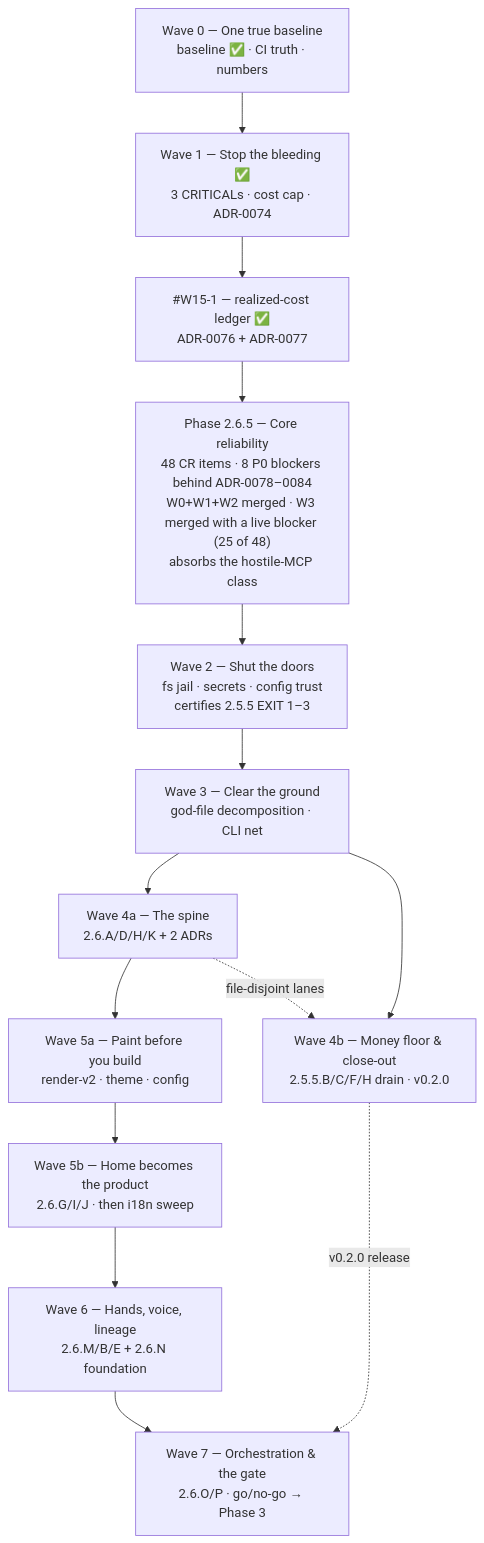
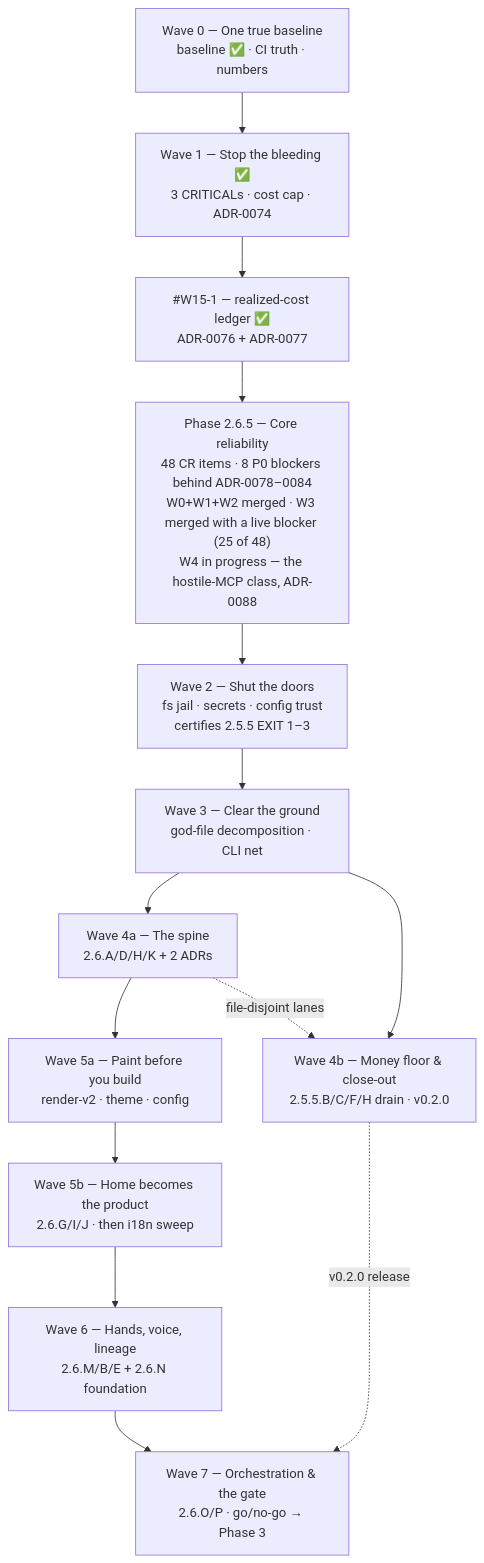
One commit to HodeTech/Relavium changed the diagram in docs/roadmap/current.md. Above: the diagram before and after it, drawn with Mermaid. The commit also changed other lines of this file and 6 other files, not shown here.

````diff
--- a/docs/roadmap/current.md
+++ b/docs/roadmap/current.md
@@ -89,19 +89,19 @@
 ```mermaid
 flowchart TD
     W0["Wave 0 — One true baseline<br/>baseline ✅ · CI truth · numbers"]
     W1["Wave 1 — Stop the bleeding ✅<br/>3 CRITICALs · cost cap · ADR-0074"]
     LEDGER["#W15-1 — realized-cost ledger ✅<br/>ADR-0076 + ADR-0077"]
-    P265["Phase 2.6.5 — Core reliability<br/>48 CR items · 8 P0 blockers behind ADR-0078–0084<br/>W0+W1+W2 merged · W3 merged with a live blocker (25 of 48)<br/>absorbs the hostile-MCP class"]
+    P265["Phase 2.6.5 — Core reliability<br/>48 CR items · 8 P0 blockers behind ADR-0078–0084<br/>W0+W1+W2 merged · W3 merged with a live blocker (25 of 48)<br/>W4 in progress — the hostile-MCP class, ADR-0088"]
     W2["Wave 2 — Shut the doors<br/>fs jail · secrets · config trust<br/>certifies 2.5.5 EXIT 1–3"]
     W3["Wave 3 — Clear the ground<br/>god-file decomposition · CLI net"]
     W4a["Wave 4a — The spine<br/>2.6.A/D/H/K + 2 ADRs"]
     W4b["Wave 4b — Money floor & close-out<br/>2.5.5.B/C/F/H drain · v0.2.0"]
     W5a["Wave 5a — Paint before you build<br/>render-v2 · theme · config"]
     W5b["Wave 5b — Home becomes the product<br/>2.6.G/I/J · then i18n sweep"]
     W6["Wave 6 — Hands, voice, lineage<br/>2.6.M/B/E + 2.6.N foundation"]
     W7["Wave 7 — Orchestration & the gate<br/>2.6.O/P · go/no-go → Phase 3"]
     W0 --> W1 --> LEDGER --> P265 --> W2 --> W3 --> W4a --> W5a --> W5b --> W6 --> W7
     W3 --> W4b
     W4b -.->|v0.2.0 release| W7
     W4a -.->|file-disjoint lanes| W4b
 ```
````
